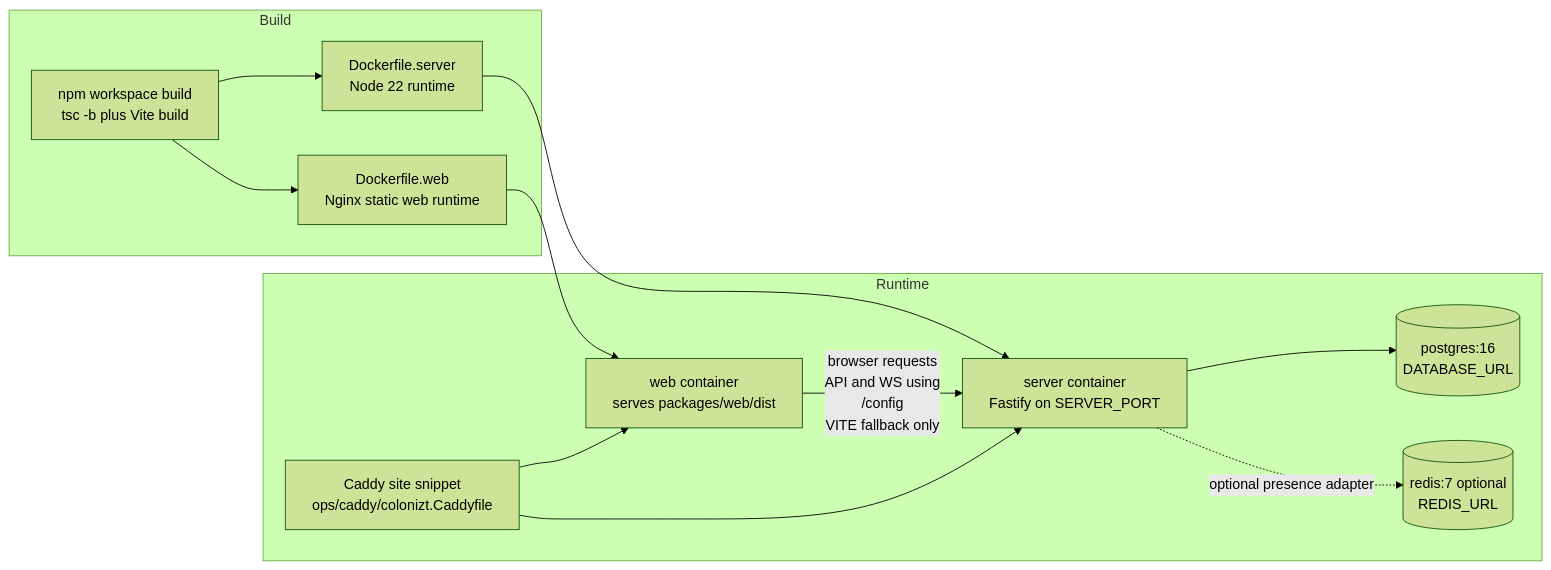
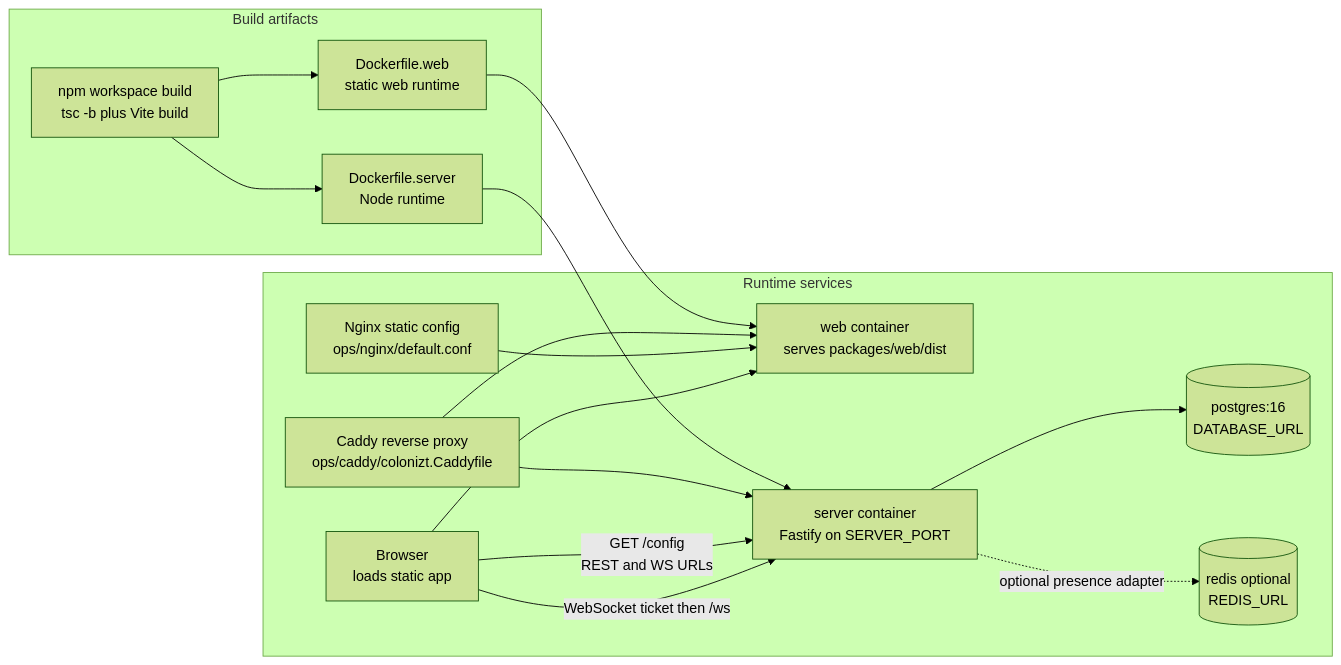
The tenth of 10 diagrams in docs/architecture.md (sahnsookyung/colonizt), drawn with Mermaid (forest theme) before and after one commit. The commit also changed other lines of this file and 48 other files, not shown here.

````diff
--- a/docs/architecture.md
+++ b/docs/architecture.md
@@ -210,24 +404,29 @@
 ```mermaid
 flowchart LR
-  subgraph Build
+  subgraph Build["Build artifacts"]
     npm["npm workspace build<br/>tsc -b plus Vite build"]
-    dockerServer["Dockerfile.server<br/>Node 22 runtime"]
-    dockerWeb["Dockerfile.web<br/>Nginx static web runtime"]
+    dockerServer["Dockerfile.server<br/>Node runtime"]
+    dockerWeb["Dockerfile.web<br/>static web runtime"]
   end
 
-  subgraph Runtime
+  subgraph Runtime["Runtime services"]
+    browser["Browser<br/>loads static app"]
     webContainer["web container<br/>serves packages/web/dist"]
     serverContainer["server container<br/>Fastify on SERVER_PORT"]
     pg[("postgres:16<br/>DATABASE_URL")]
-    optionalRedis[("redis:7 optional<br/>REDIS_URL")]
-    caddy["Caddy site snippet<br/>ops/caddy/colonizt.Caddyfile"]
+    optionalRedis[("redis optional<br/>REDIS_URL")]
+    caddy["Caddy reverse proxy<br/>ops/caddy/colonizt.Caddyfile"]
+    nginx["Nginx static config<br/>ops/nginx/default.conf"]
   end
 
   npm --> dockerServer --> serverContainer
   npm --> dockerWeb --> webContainer
-  webContainer -->|"browser requests<br /> API and WS using<br /> /config<br /> VITE fallback only"| serverContainer
+  caddy --> webContainer
+  caddy --> serverContainer
+  nginx --> webContainer
+  browser --> webContainer
+  browser -->|"GET /config<br/>REST and WS URLs"| serverContainer
+  browser -->|"WebSocket ticket then /ws"| serverContainer
   serverContainer --> pg
   serverContainer -. optional presence adapter .-> optionalRedis
-  caddy --> webContainer
-  caddy --> serverContainer
 ```
````
